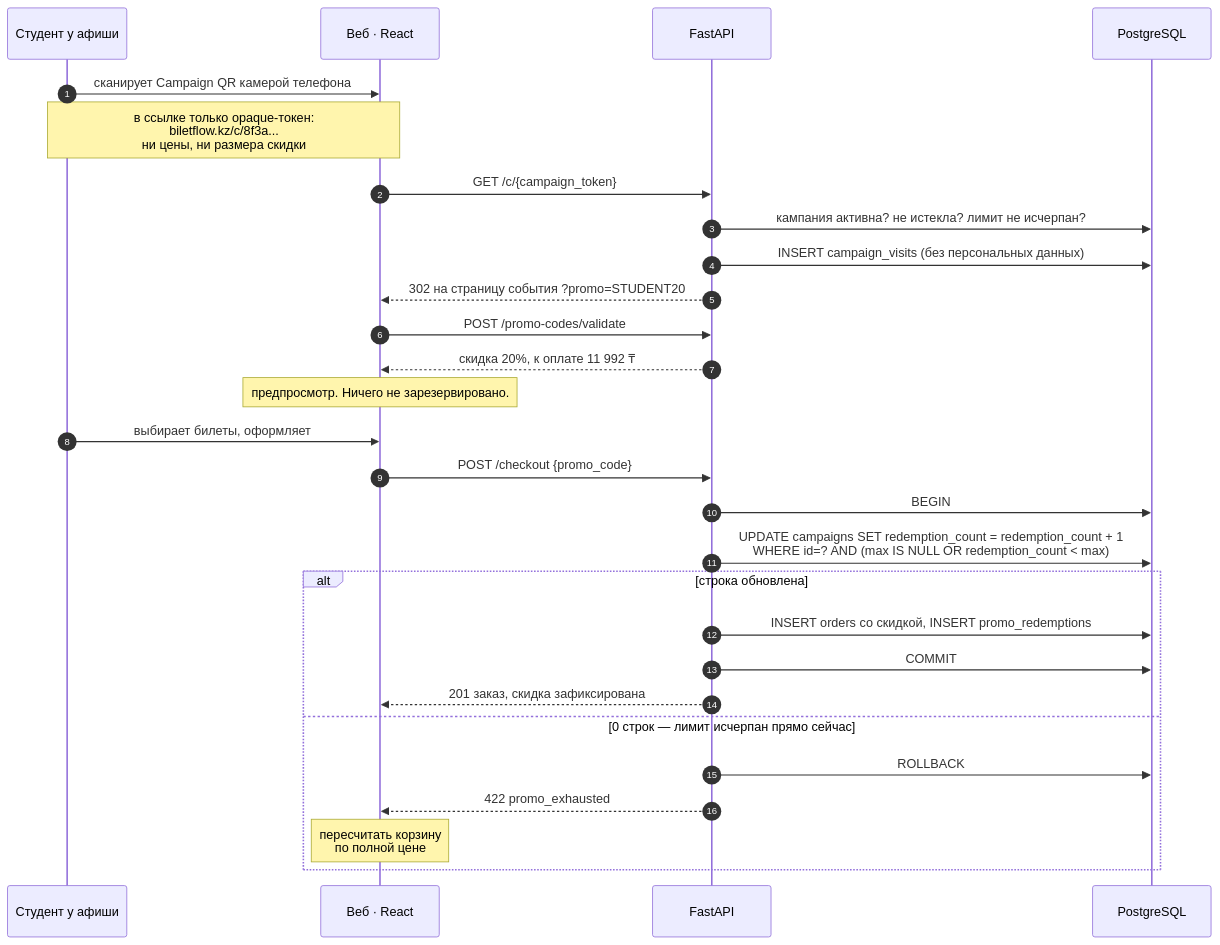
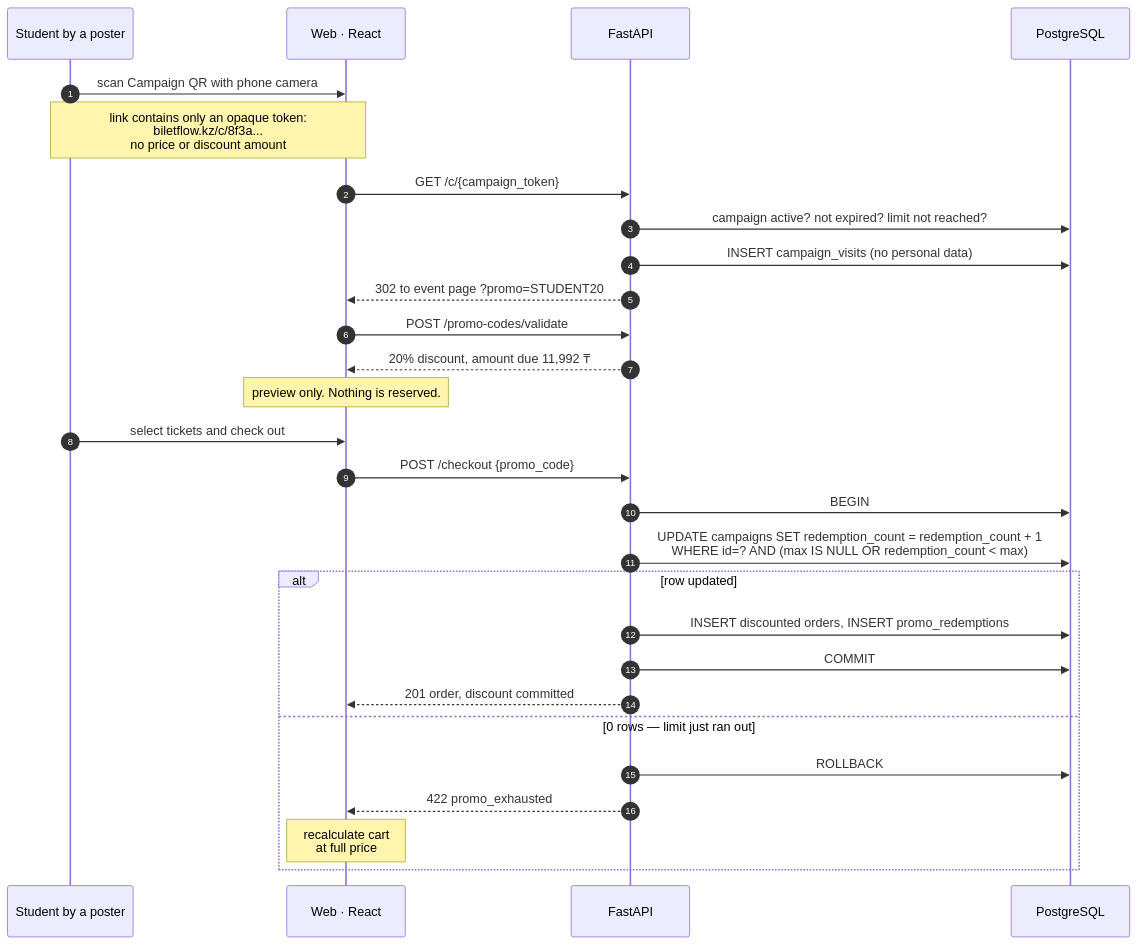
One commit to Figusama/BiletFlow changed the fifth of 7 diagrams in README.md. Above: the diagram before and after it, drawn with Mermaid. The commit also changed other lines of this file, not shown here.

````diff
--- a/README.md
+++ b/README.md
@@ -384,34 +383,34 @@
 ```mermaid
 sequenceDiagram
   autonumber
-  participant U as Студент у афиши
-  participant W as Веб · React
+  participant U as Student by a poster
+  participant W as Web · React
   participant API as FastAPI
   participant DB as PostgreSQL
 
-  U->>W: сканирует Campaign QR камерой телефона
-  Note over U,W: в ссылке только opaque-токен:<br/>biletflow.kz/c/8f3a...<br/>ни цены, ни размера скидки
+  U->>W: scan Campaign QR with phone camera
+  Note over U,W: link contains only an opaque token:<br/>biletflow.kz/c/8f3a...<br/>no price or discount amount
 
   W->>API: GET /c/{campaign_token}
-  API->>DB: кампания активна? не истекла? лимит не исчерпан?
-  API->>DB: INSERT campaign_visits (без персональных данных)
-  API-->>W: 302 на страницу события ?promo=STUDENT20
+  API->>DB: campaign active? not expired? limit not reached?
+  API->>DB: INSERT campaign_visits (no personal data)
+  API-->>W: 302 to event page ?promo=STUDENT20
 
   W->>API: POST /promo-codes/validate
-  API-->>W: скидка 20%, к оплате 11 992 ₸
-  Note over W: предпросмотр. Ничего не зарезервировано.
+  API-->>W: 20% discount, amount due 11,992 ₸
+  Note over W: preview only. Nothing is reserved.
 
-  U->>W: выбирает билеты, оформляет
+  U->>W: select tickets and check out
   W->>API: POST /checkout {promo_code}
   API->>DB: BEGIN
   API->>DB: UPDATE campaigns SET redemption_count = redemption_count + 1<br/>WHERE id=? AND (max IS NULL OR redemption_count < max)
-  alt строка обновлена
-    API->>DB: INSERT orders со скидкой, INSERT promo_redemptions
+  alt row updated
+    API->>DB: INSERT discounted orders, INSERT promo_redemptions
     API->>DB: COMMIT
-    API-->>W: 201 заказ, скидка зафиксирована
-  else 0 строк — лимит исчерпан прямо сейчас
+    API-->>W: 201 order, discount committed
+  else 0 rows — limit just ran out
     API->>DB: ROLLBACK
     API-->>W: 422 promo_exhausted
-    Note over W: пересчитать корзину<br/>по полной цене
+    Note over W: recalculate cart<br/>at full price
   end
 ```
````
